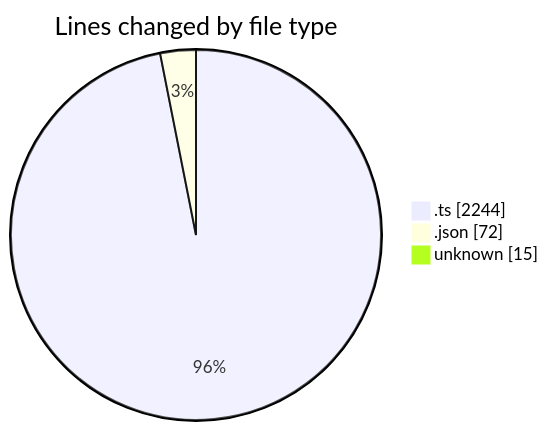
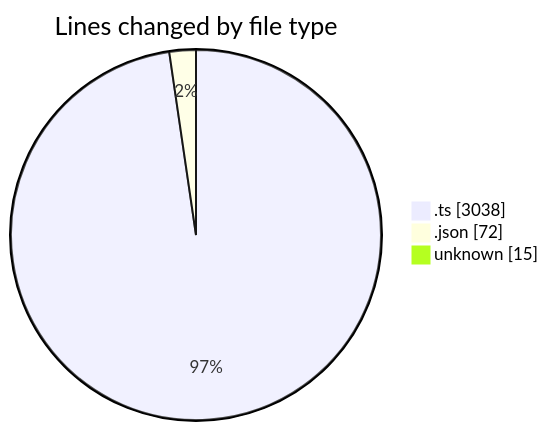
One commit to lephambinh05/code-tracking changed the first of 2 diagrams in 2025-09-10/hiai-phf/README.md. Above: the diagram before and after it, drawn with Mermaid. The commit also changed other lines of this file and 1 other file, not shown here.

````diff
--- a/2025-09-10/hiai-phf/README.md
+++ b/2025-09-10/hiai-phf/README.md
@@ -27,7 +29,7 @@
 ```mermaid
 pie showData
 title Lines changed by file type
-".ts" : 2244
+".ts" : 3038
 ".json" : 72
 "unknown" : 15
 ```
````
